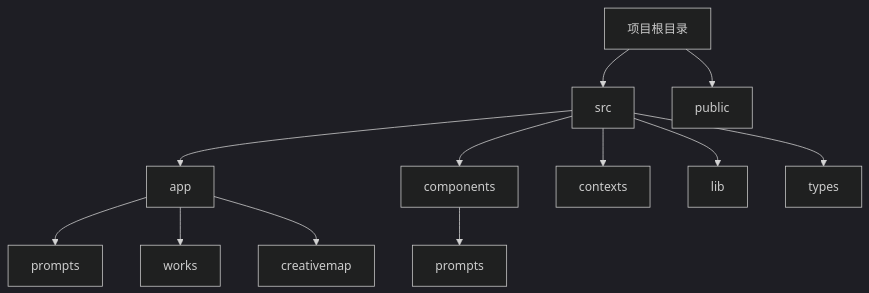
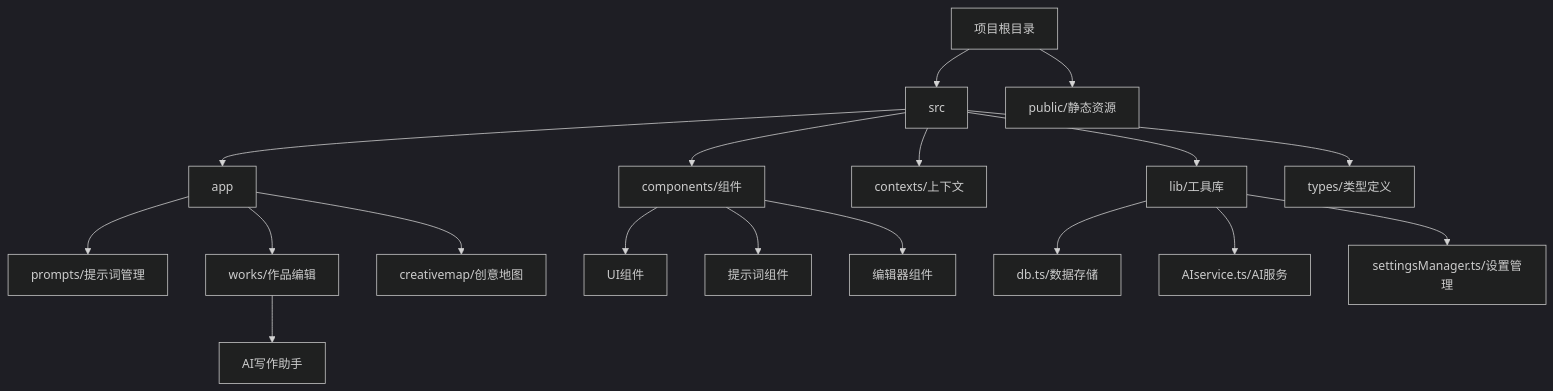
Before and after one commit to Linli1221/ZGZX-TEST: the diagram in README.md, drawn with Mermaid (dark theme). The commit also changed other lines of this file and 1 other file, not shown here.

Commit message:
更新README.md和AI服务文件

````diff
--- a/README.md
+++ b/README.md
@@ -22,14 +23,20 @@
 ```mermaid
 graph TD
     A[项目根目录] --> B[src]
     B --> C[app]
-    C --> C1[prompts]
-    C --> C2[works]
-    C --> C3[creativemap]
-    B --> D[components]
-    D --> D1[prompts]
-    B --> E[contexts]
-    B --> F[lib]
-    B --> G[types]
-    A --> H[public]
+    C --> C1[prompts/提示词管理]
+    C --> C2[works/作品编辑]
+    C2 --> C2_1[AI写作助手]
+    C --> C3[creativemap/创意地图]
+    B --> D[components/组件]
+    D --> D1[UI组件]
+    D --> D2[提示词组件]
+    D --> D3[编辑器组件]
+    B --> E[contexts/上下文]
+    B --> F[lib/工具库]
+    F --> F1[db.ts/数据存储]
+    F --> F2[AIservice.ts/AI服务]
+    F --> F3[settingsManager.ts/设置管理]
+    B --> G[types/类型定义]
+    A --> H[public/静态资源]
 ```
````
